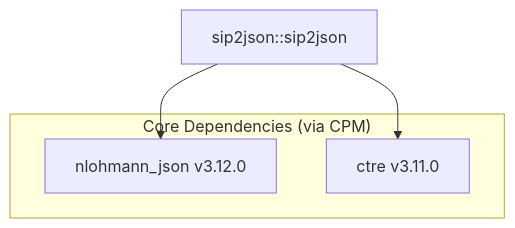
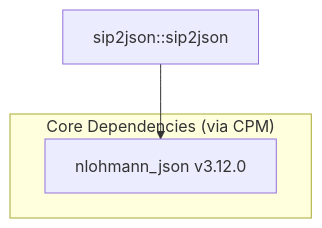
One commit to SiddiqSoft/sip2json changed the diagram in docs/quickstart/dependencies.md. Above: the diagram before and after it, drawn with Mermaid. The commit also changed other lines of this file and 22 other files, not shown here.

````diff
--- a/docs/quickstart/dependencies.md
+++ b/docs/quickstart/dependencies.md
@@ -7,12 +7,10 @@
 ```mermaid
 graph TD
     sip2json["sip2json::sip2json"]
 
     subgraph Core["Core Dependencies (via CPM)"]
         NLOHMANNJSON["nlohmann_json v3.12.0"]
-        CTRE["ctre v3.11.0"]
     end
 
     sip2json --> NLOHMANNJSON
-    sip2json --> CTRE
 ```
````
